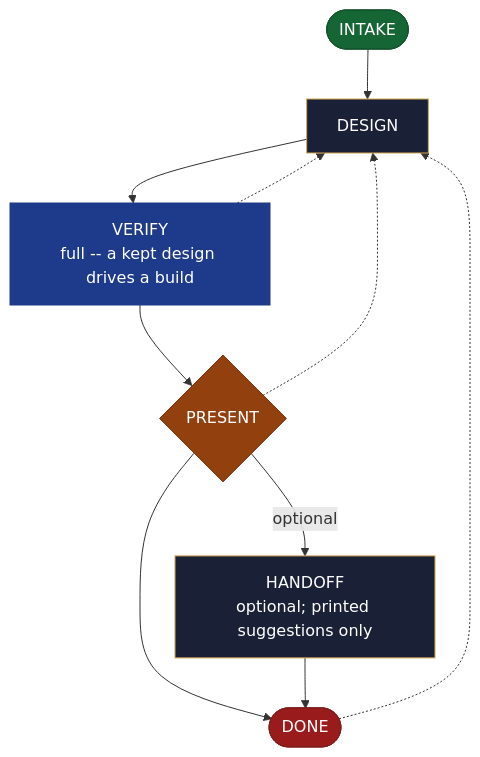
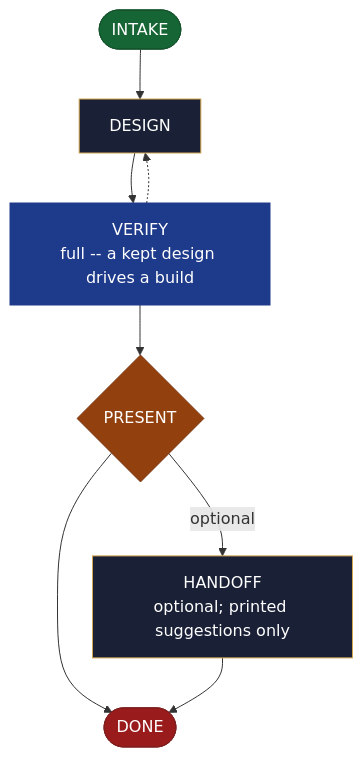
Before and after one commit to AndreVianna/aid-methodology: the diagram in site/src/content/docs/skills/aid-design.md, drawn with Mermaid. The commit also changed 15 other files, not shown here.

````diff
--- a/site/src/content/docs/skills/aid-design.md
+++ b/site/src/content/docs/skills/aid-design.md
@@ -20,36 +20,34 @@
 ```mermaid
 flowchart TB
   classDef aidNode color:#fff
   classDef aidEntry fill:#166534,stroke:#14532d,color:#fff
   classDef aidExit fill:#991b1b,stroke:#7f1d1d,color:#fff
   classDef aidDecision fill:#92400e,stroke:#78350f,color:#fff
   classDef aidLoopBack fill:#1e3a8a,stroke:#1e3a8a,color:#fff
   classDef aidStep fill:#1a2035,stroke:#d4a853,color:#f1f5f9
   n1(["INTAKE"])
   n2["DESIGN"]
   n3["VERIFY<br/>full -- a kept design drives a build"]
   n4{"PRESENT"}
   n5["HANDOFF<br/>optional; printed suggestions only"]
   n6(["DONE"])
   n1 --> n2
   n2 --> n3
   n3 -.-> n2
   n3 --> n4
-  n4 -.-> n2
   n4 -->|"optional"| n5
   n4 --> n6
   n5 --> n6
-  n6 -.-> n2
   class n1 aidEntry
   class n2 aidStep
   class n3 aidLoopBack
   class n4 aidDecision
   class n5 aidStep
   class n6 aidExit
   class n1 aidNode
   class n2 aidNode
   class n3 aidNode
   class n4 aidNode
   class n5 aidNode
   class n6 aidNode
 ```
````
